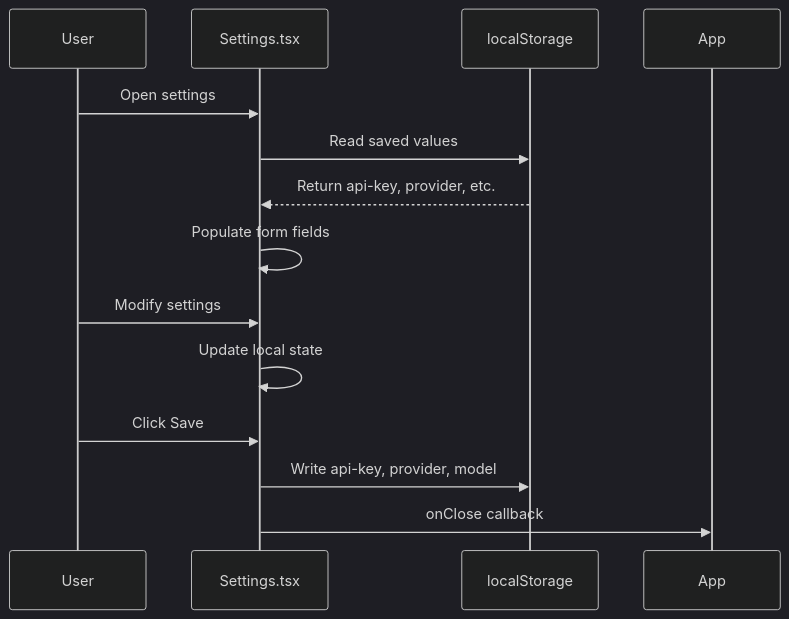
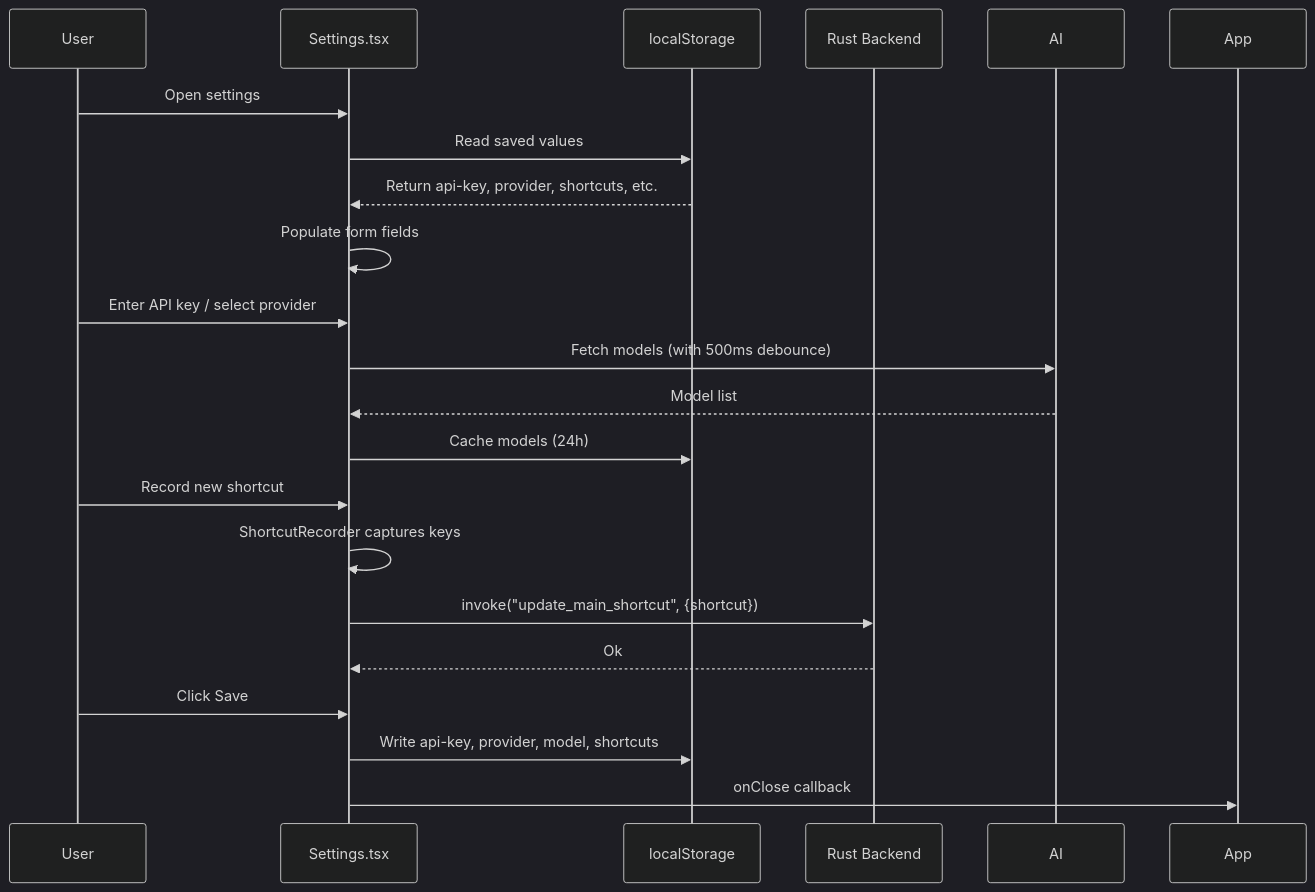
One commit to RickyDane/gquick changed the third of 7 diagrams in arch/components/relationships.md. Above: the diagram before and after it, drawn with Mermaid (dark theme). The commit also changed other lines of this file and 39 other files, not shown here.

````diff
--- a/arch/components/relationships.md
+++ b/arch/components/relationships.md
@@ -79,18 +130,26 @@
 ```mermaid
 sequenceDiagram
     participant User
     participant Settings as Settings.tsx
     participant Storage as localStorage
+    participant Rust as Rust Backend
 
     User->>Settings: Open settings
     Settings->>Storage: Read saved values
-    Storage-->>Settings: Return api-key, provider, etc.
+    Storage-->>Settings: Return api-key, provider, shortcuts, etc.
     Settings->>Settings: Populate form fields
 
-    User->>Settings: Modify settings
-    Settings->>Settings: Update local state
+    User->>Settings: Enter API key / select provider
+    Settings->>AI: Fetch models (with 500ms debounce)
+    AI-->>Settings: Model list
+    Settings->>Storage: Cache models (24h)
+
+    User->>Settings: Record new shortcut
+    Settings->>Settings: ShortcutRecorder captures keys
+    Settings->>Rust: invoke("update_main_shortcut", {shortcut})
+    Rust-->>Settings: Ok
 
     User->>Settings: Click Save
-    Settings->>Storage: Write api-key, provider, model
+    Settings->>Storage: Write api-key, provider, model, shortcuts
     Settings->>App: onClose callback
 ```
````
